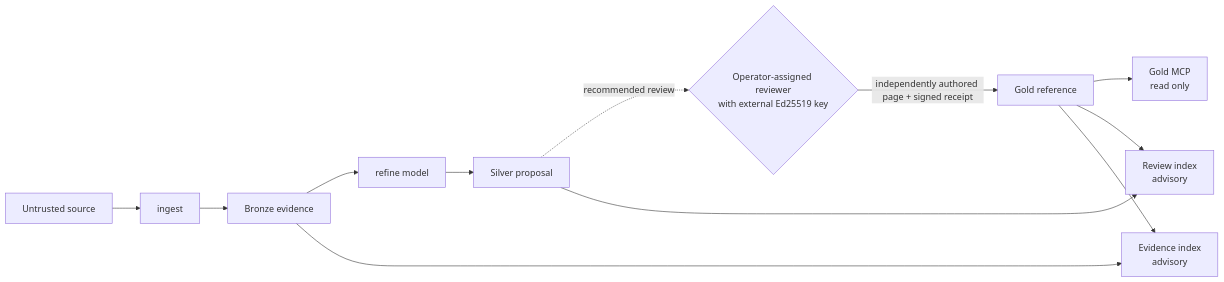
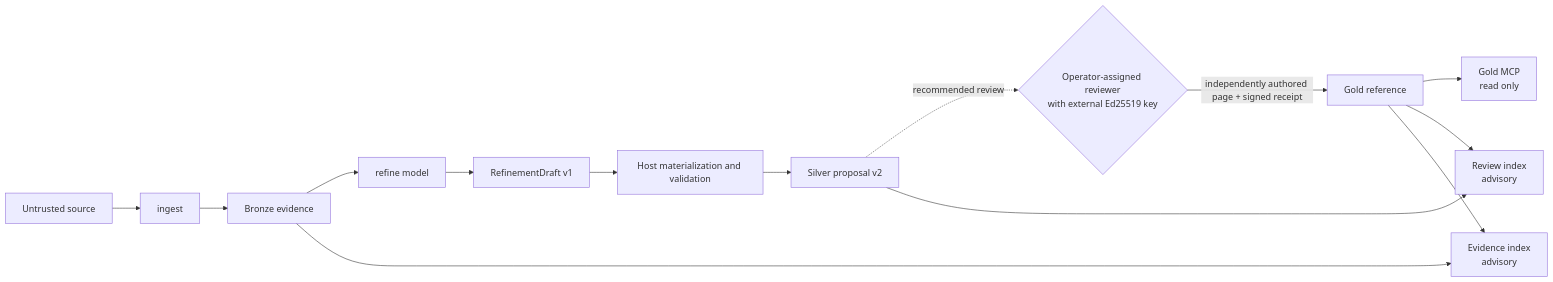
Before and after one commit to patschmittdev/Ziggurat: the diagram in README.md, drawn with Mermaid. The commit also changed other lines of this file and 99 other files, not shown here.

````diff
--- a/README.md
+++ b/README.md
@@ -56,14 +63,16 @@
 ```mermaid
 flowchart LR
     U[Untrusted source] --> I[ingest]
     I --> B[Bronze evidence]
     B --> R[refine model]
-    R --> S[Silver proposal]
+    R --> D[RefinementDraft v1]
+    D --> M[Host materialization and validation]
+    M --> S[Silver proposal v2]
     S -. recommended review .-> H{Operator-assigned reviewer\nwith external Ed25519 key}
     H -->|independently authored page + signed receipt| G[Gold reference]
     G --> C[Gold MCP\nread only]
     B --> E[Evidence index\nadvisory]
     S --> V[Review index\nadvisory]
     G --> V
     G --> E
 ```
````
